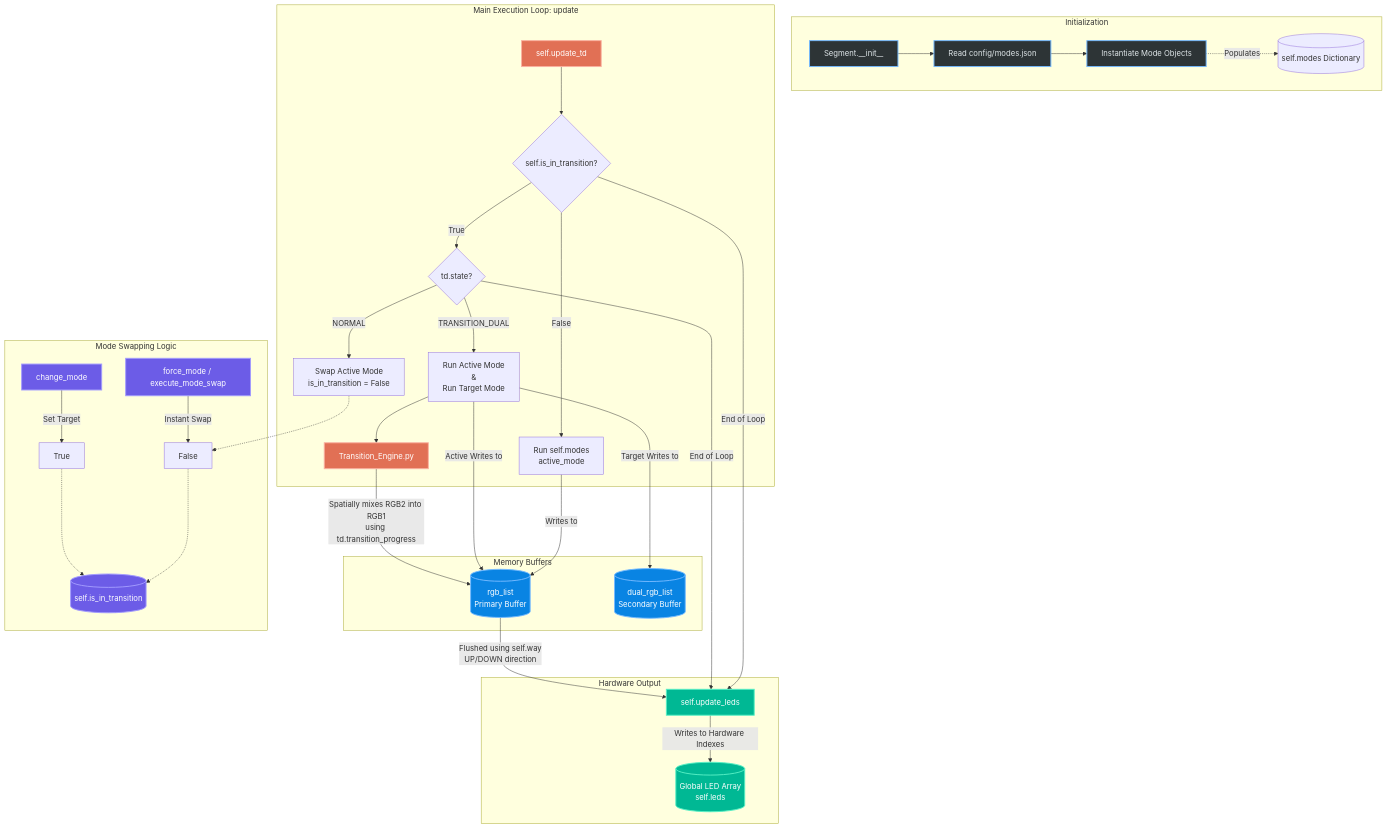
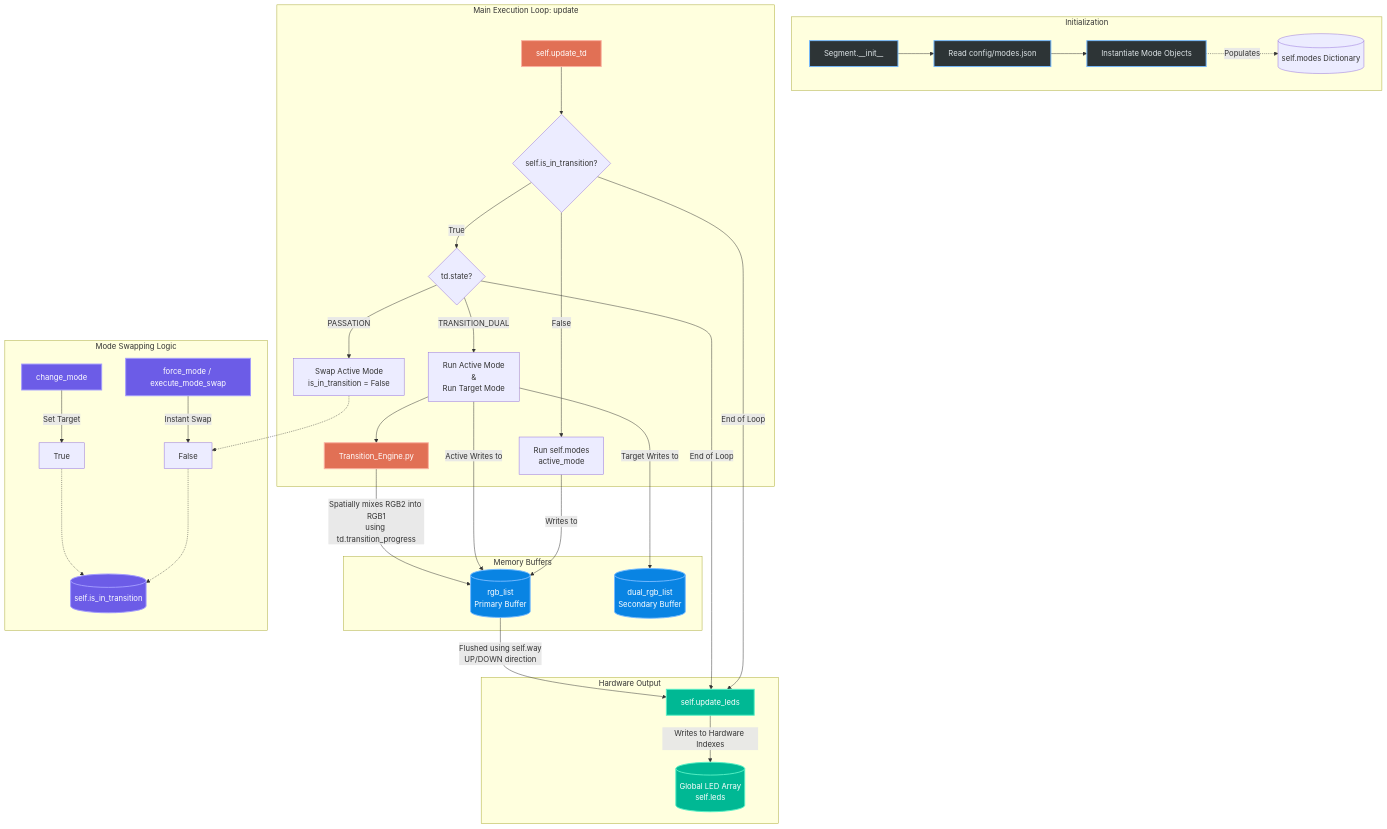
Before and after one commit to LucRobey/vialactee: the diagram in core/segment.md, drawn with Mermaid. The commit also changed other lines of this file and 5 other files, not shown here.

Commit message:
change: transition director donne les ordres à Mode_master

````diff
--- a/core/segment.md
+++ b/core/segment.md
@@ -7,69 +7,69 @@
 ```mermaid
 
 flowchart TD
     %% Define styles
     classDef init fill:#2d3436,stroke:#74b9ff,stroke-width:2px,color:#dfe6e9
     classDef buffer fill:#0984e3,stroke:#74b9ff,stroke-width:2px,color:#fff
     classDef state fill:#6c5ce7,stroke:#a29bfe,stroke-width:2px,color:#fff
     classDef engine fill:#e17055,stroke:#fab1a0,stroke-width:2px,color:#fff
     classDef hw fill:#00b894,stroke:#55efc4,stroke-width:2px,color:#fff
 
     subgraph Initialization
         Init[Segment.__init__]:::init
         LoadJSON[Read config/modes.json]:::init
         InitModes[Instantiate Mode Objects]:::init
   
         Init --> LoadJSON --> InitModes
         InitModes -.->|Populates| ModeDict[(self.modes Dictionary)]
     end
 
     subgraph Memory Buffers
         RGB1[(rgb_list\nPrimary Buffer)]:::buffer
         RGB2[(dual_rgb_list\nSecondary Buffer)]:::buffer
     end
 
     subgraph Mode Swapping Logic
         CmdChange[change_mode]:::state
         CmdForce[force_mode / execute_mode_swap]:::state
         State[(self.is_in_transition)]:::state
   
         CmdForce -->|Instant Swap| StateNormal[False]
         CmdChange -->|Set Target| StateTrans[True]
   
         StateNormal -.-> State
         StateTrans -.-> State
     end
 
     subgraph Main Execution Loop: update
         UpdateLoop[self.update_td]:::engine
   
         UpdateLoop --> CheckState{self.is_in_transition?}
   
         CheckState -->|False| RunActive[Run self.modes\nactive_mode]
         RunActive -->|Writes to| RGB1
   
         CheckState -->|True| CheckTD{td.state?}
         CheckTD -->|TRANSITION_DUAL| RunBoth[Run Active Mode\n&\nRun Target Mode]
   
         RunBoth -->|Active Writes to| RGB1
         RunBoth -->|Target Writes to| RGB2
   
         RunBoth --> Mix[Transition_Engine.py]:::engine
         Mix -->|Spatially mixes RGB2 into RGB1\nusing td.transition_progress| RGB1
   
-        CheckTD -->|NORMAL| FinishTrans[Swap Active Mode\nis_in_transition = False]
+        CheckTD -->|PASSATION| FinishTrans[Swap Active Mode\nis_in_transition = False]
         FinishTrans -.-> StateNormal
     end
 
     subgraph Hardware Output
         UpdateLeds[self.update_leds]:::hw
         GlobalLEDs[(Global LED Array\nself.leds)]:::hw
   
         CheckState -->|End of Loop| UpdateLeds
         CheckTD -->|End of Loop| UpdateLeds
   
         RGB1 -->|Flushed using self.way\nUP/DOWN direction| UpdateLeds
         UpdateLeds -->|Writes to Hardware Indexes| GlobalLEDs
     end
 
 ```
````
